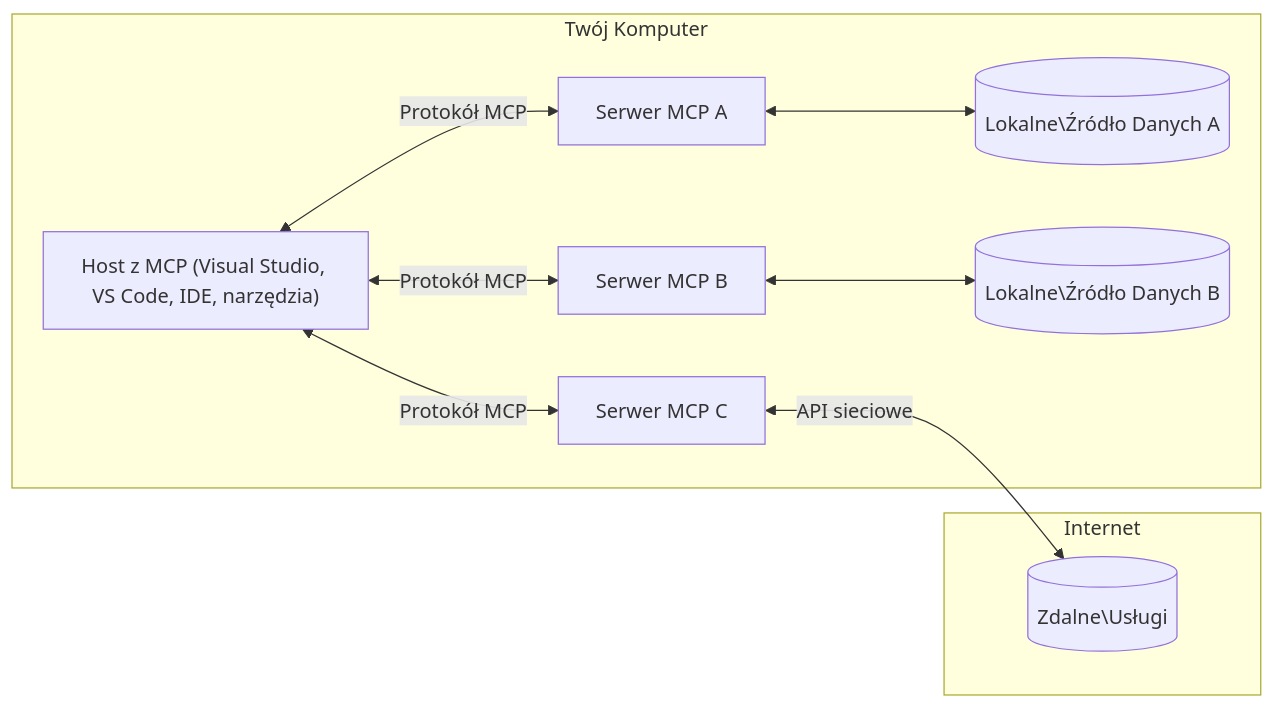
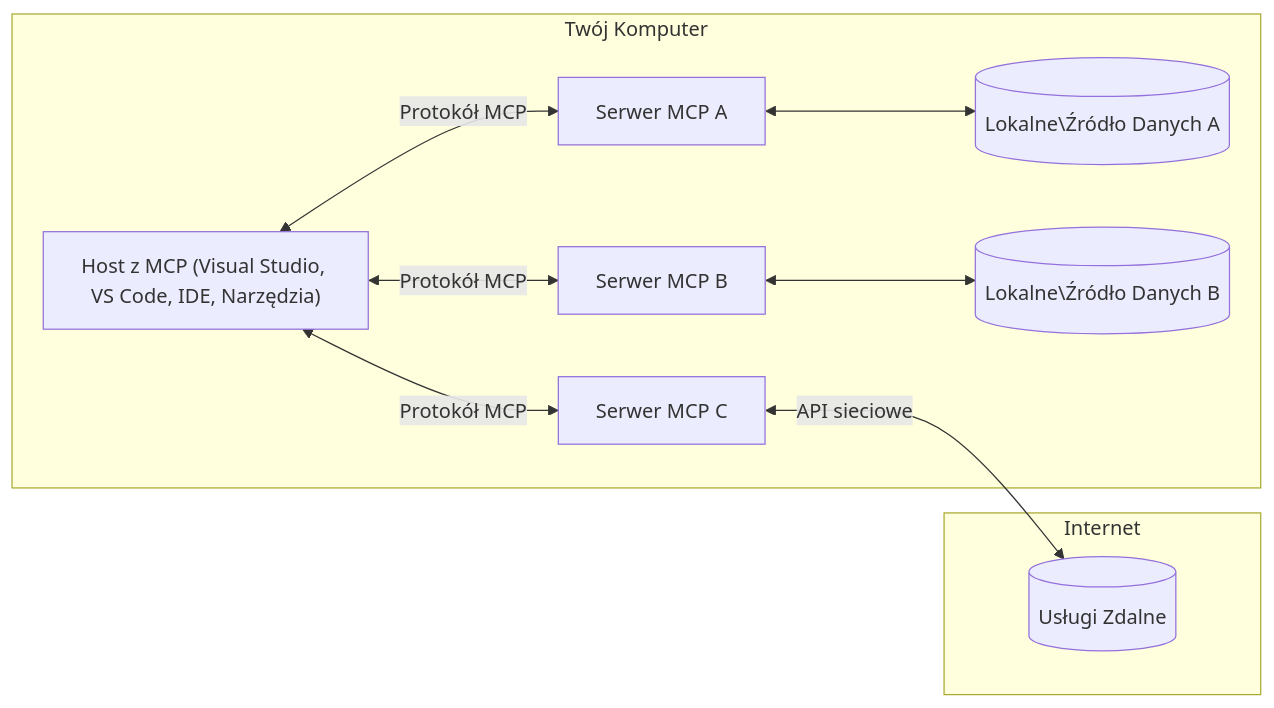
One commit to HIDORAKAI002/ai-workspace-archive changed the diagram in mcp_ecosystem__model_context_protocol/mcp_learning_resources/mcp-for-beginners/translations/pl/01-CoreConcepts/README.md. Above: the diagram before and after it, drawn with Mermaid. The commit also changed other lines of this file and 1046 other files, not shown here.

````diff
--- a/mcp_ecosystem__model_context_protocol/mcp_learning_resources/mcp-for-beginners/translations/pl/01-CoreConcepts/README.md
+++ b/mcp_ecosystem__model_context_protocol/mcp_learning_resources/mcp-for-beginners/translations/pl/01-CoreConcepts/README.md
@@ -45,17 +45,17 @@
 ```mermaid
 flowchart LR
     subgraph "Twój Komputer"
-        Host["Host z MCP (Visual Studio, VS Code, IDE, narzędzia)"]
+        Host["Host z MCP (Visual Studio, VS Code, IDE, Narzędzia)"]
         S1["Serwer MCP A"]
         S2["Serwer MCP B"]
         S3["Serwer MCP C"]
         Host <-->|"Protokół MCP"| S1
         Host <-->|"Protokół MCP"| S2
         Host <-->|"Protokół MCP"| S3
         S1 <--> D1[("Lokalne\Źródło Danych A")]
         S2 <--> D2[("Lokalne\Źródło Danych B")]
     end
     subgraph "Internet"
-        S3 <-->|"API sieciowe"| D3[("Zdalne\Usługi")]
+        S3 <-->|"API sieciowe"| D3[("Usługi Zdalne")]
     end
 ```
````
